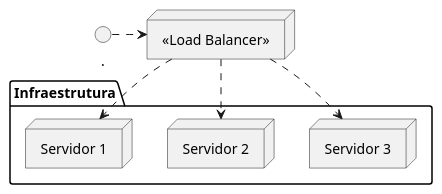
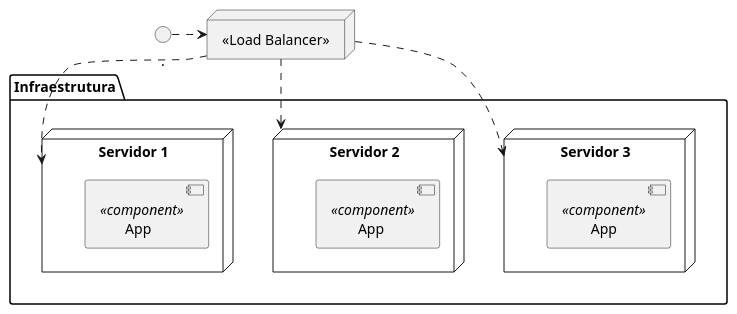
The diagram in media/_diagrams/plantuml/canary-before.puml (tomasflopes/pesti), drawn with PlantUML before and after one commit. The commit also changed 22 other files, not shown here.

```diff
--- a/media/_diagrams/plantuml/canary-before.puml
+++ b/media/_diagrams/plantuml/canary-before.puml
@@ -1,24 +1,30 @@
 @startuml canary-before
 
 top to bottom direction
 
 
 node "<<Load Balancer>>" as LB {
 }
 
 folder "Infraestrutura" as I {
   node "Servidor 3" as S3 {
+    component "App" <<component>> { 
+    }
   }
   node "Servidor 2" as S2 {
+    component "App " <<component>> { 
+    }
   }
   node "Servidor 1" as S1 {
+    component "App  " <<component>> { 
+    }
   }
 }
 
 ..> LB 
 
 LB ..> S1
 LB ..> S2
 LB ..> S3
 
 @enduml
```
